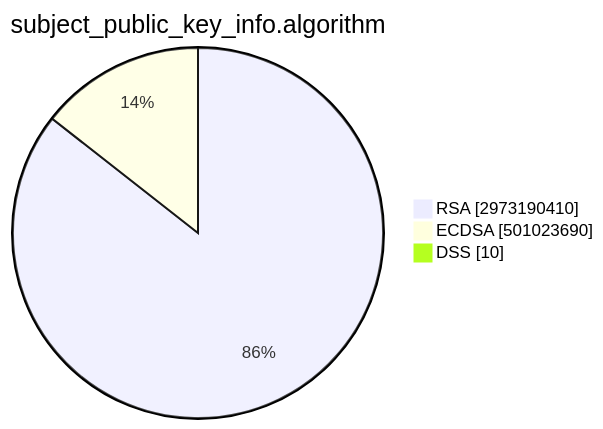
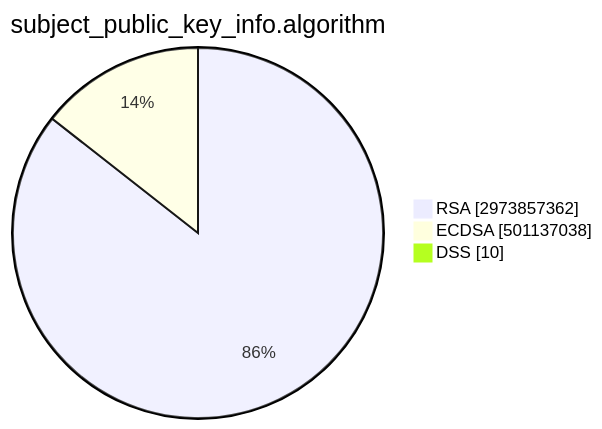
The second of 15 diagrams in TOTAL/README.md (christiankrug/ctmonitor_visualization), drawn with Mermaid before and after one commit. The commit also changed other lines of this file, not shown here.

````diff
--- a/TOTAL/README.md
+++ b/TOTAL/README.md
@@ -6,7 +6,7 @@
 ```mermaid
 pie showData
 title subject_public_key_info.algorithm
-"RSA" :2973190410
-"ECDSA" :501023690
+"RSA" :2973857362
+"ECDSA" :501137038
 "DSS" :10
 ```
````
